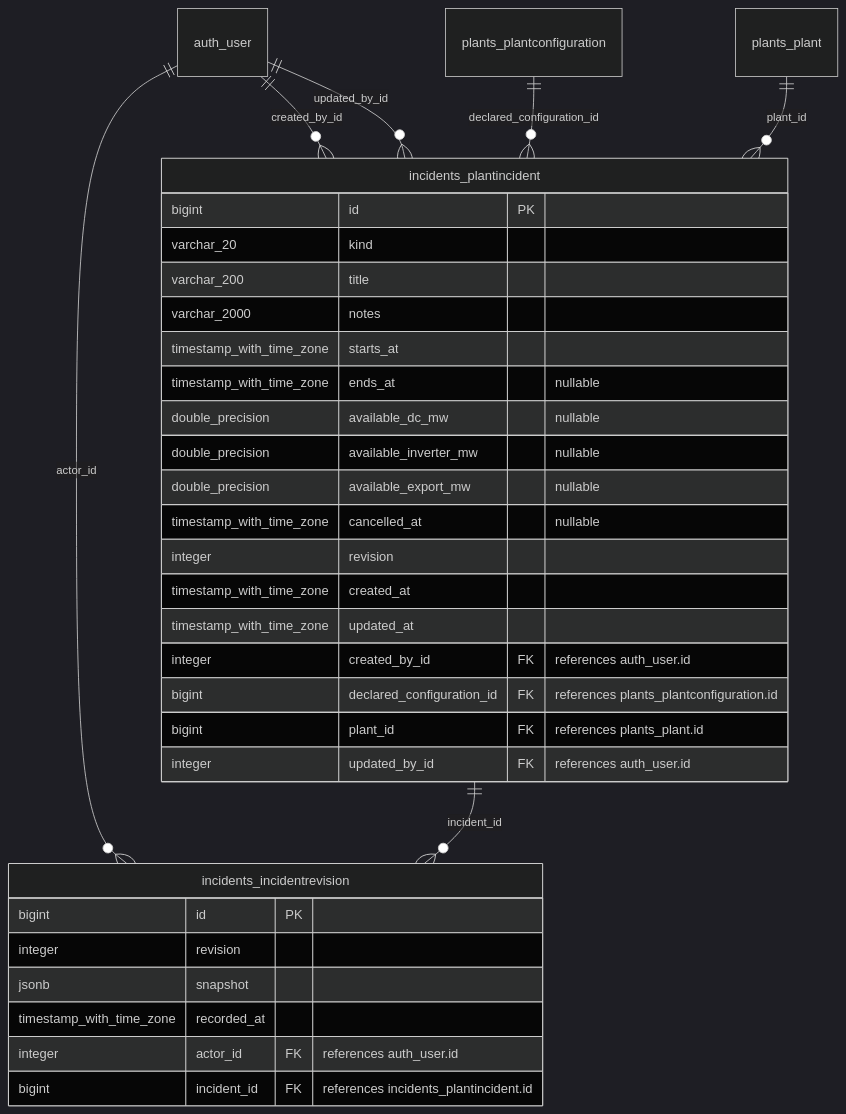
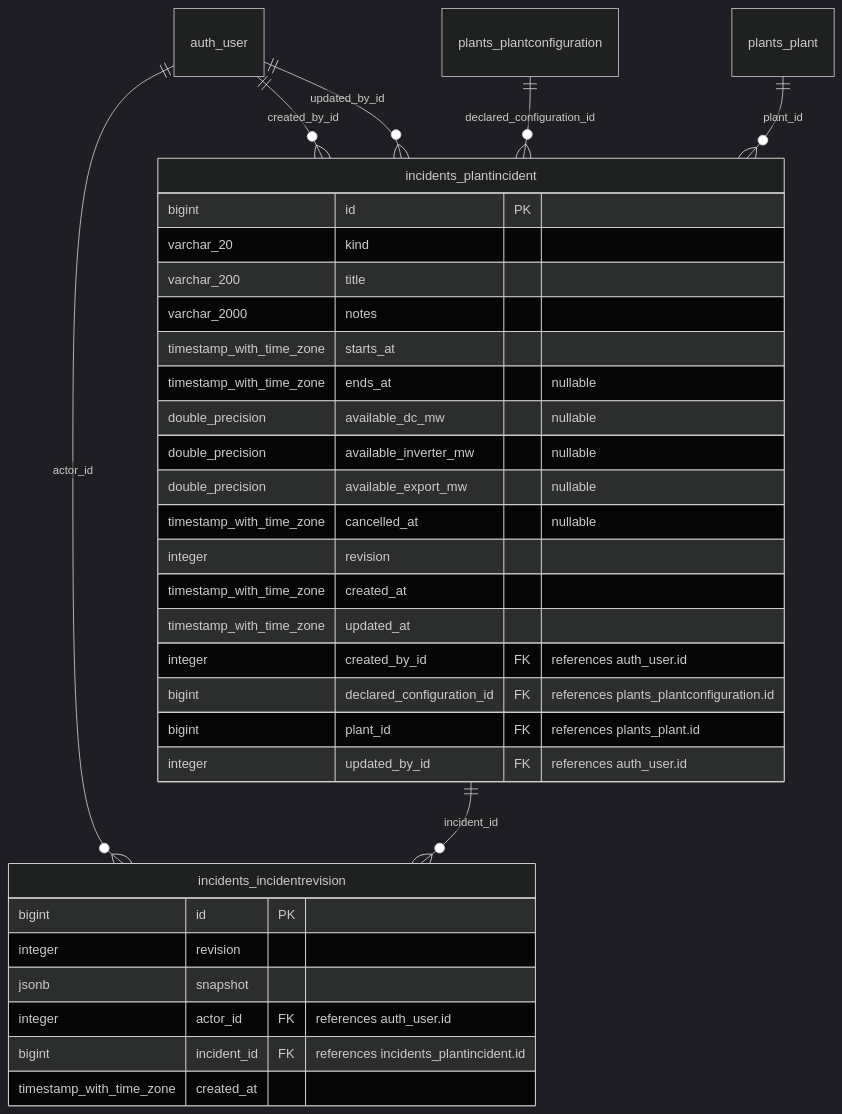
One commit to erkurtharun/pyracast changed the seventh of 18 diagrams in docs/DATA_MODEL.md. Above: the diagram before and after it, drawn with Mermaid (dark theme). The commit also changed other lines of this file and 192 other files, not shown here.

First line of the commit message:
Apply one schema naming convention and define active rows and provider intervals once (#53)

````diff
--- a/docs/DATA_MODEL.md
+++ b/docs/DATA_MODEL.md
@@ -847,36 +848,36 @@
 ```mermaid
 erDiagram
     incidents_incidentrevision {
         bigint id PK
         integer revision
         jsonb snapshot
-        timestamp_with_time_zone recorded_at
         integer actor_id FK "references auth_user.id"
         bigint incident_id FK "references incidents_plantincident.id"
+        timestamp_with_time_zone created_at
     }
     incidents_plantincident {
         bigint id PK
         varchar_20 kind
         varchar_200 title
         varchar_2000 notes
         timestamp_with_time_zone starts_at
         timestamp_with_time_zone ends_at "nullable"
         double_precision available_dc_mw "nullable"
         double_precision available_inverter_mw "nullable"
         double_precision available_export_mw "nullable"
         timestamp_with_time_zone cancelled_at "nullable"
         integer revision
         timestamp_with_time_zone created_at
         timestamp_with_time_zone updated_at
         integer created_by_id FK "references auth_user.id"
         bigint declared_configuration_id FK "references plants_plantconfiguration.id"
         bigint plant_id FK "references plants_plant.id"
         integer updated_by_id FK "references auth_user.id"
     }
     auth_user ||--o{ incidents_incidentrevision : "actor_id"
     incidents_plantincident ||--o{ incidents_incidentrevision : "incident_id"
     auth_user ||--o{ incidents_plantincident : "created_by_id"
     plants_plantconfiguration ||--o{ incidents_plantincident : "declared_configuration_id"
     plants_plant ||--o{ incidents_plantincident : "plant_id"
     auth_user ||--o{ incidents_plantincident : "updated_by_id"
 ```
````
